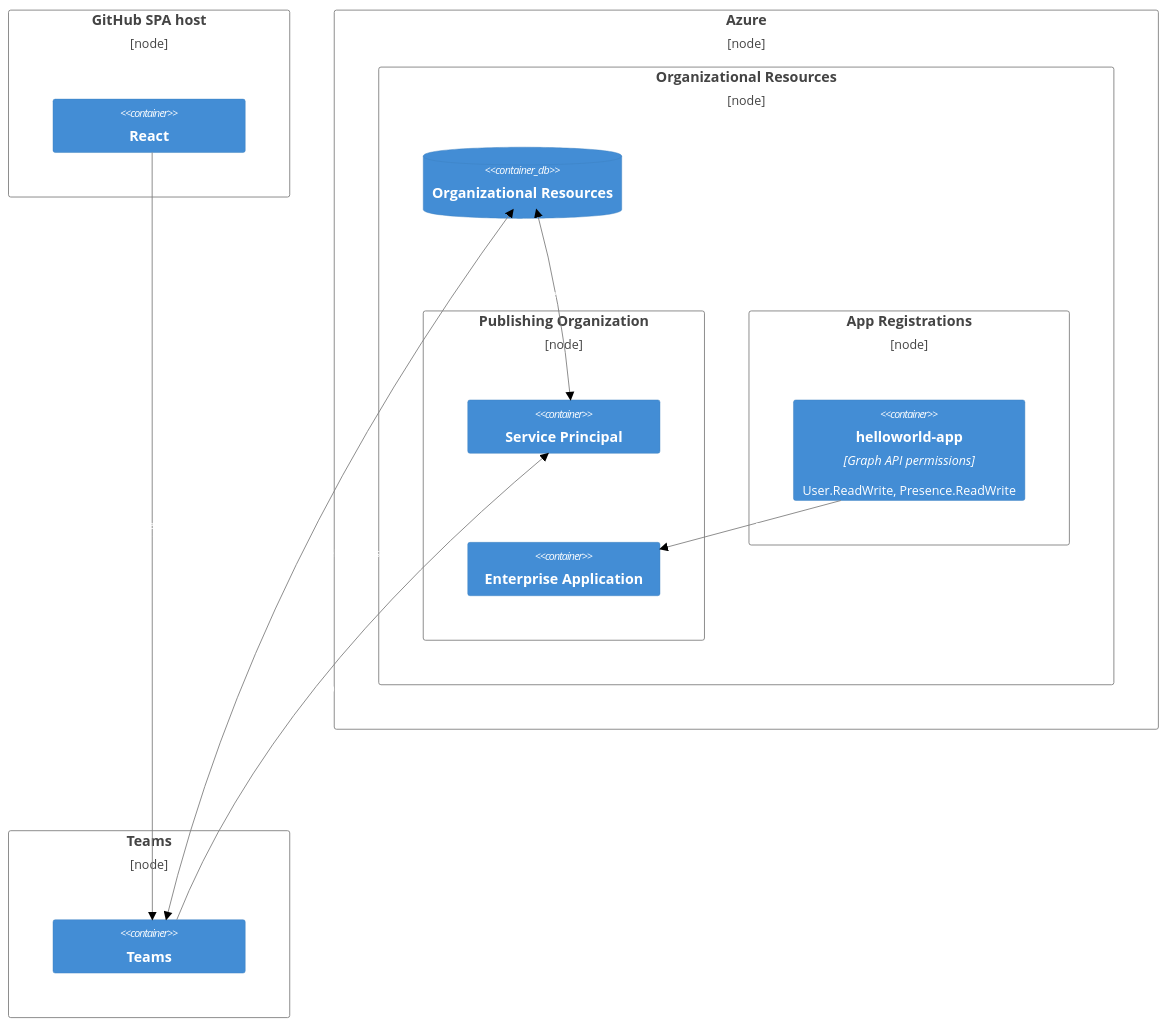
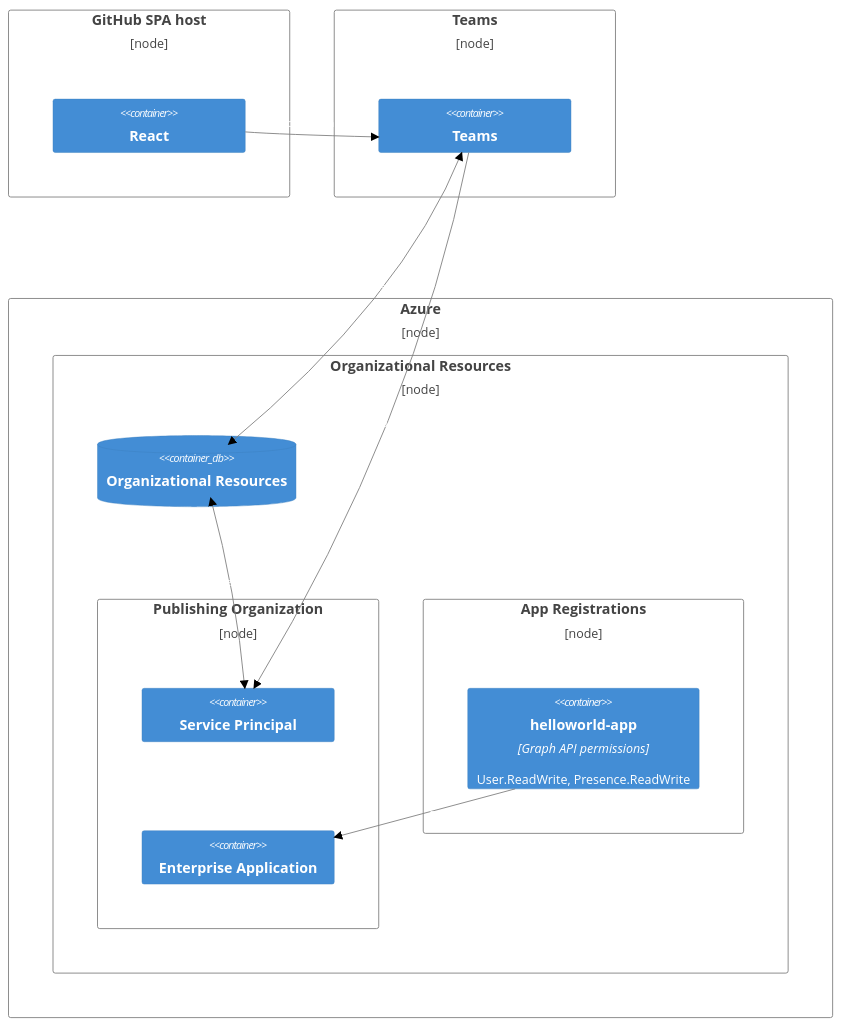
One commit to CynicDog/azure-entra-in-spa changed the diagram in README.md. Above: the diagram before and after it, drawn with Mermaid (forest theme).

````diff
--- a/README.md
+++ b/README.md
@@ -2,47 +2,46 @@
 ```mermaid
 C4Deployment
     title  
     
     Deployment_Node(github, "GitHub SPA host") {
         Container(React, "React", "", "")
+    }
+
+    Deployment_Node(teams, "Teams") {
+        Container(Teams, "Teams", "", "")
     }
 
     Deployment_Node(azure, "Azure") {
         Deployment_Node(organizationalResources, "Organizational Resources") {
         ContainerDb(Organizational_Resources, "Organizational Resources", "")
         
         Deployment_Node(publishingOrganization, "Publishing Organization") {
             Container(Service_Principal, "Service Principal", "", "")
             Container(Enterprise_Application, "Enterprise Application", "", "")        
         }
 
         Deployment_Node(appRegistrations, "App Registrations") {
                 Container(helloworld_app, "helloworld-app", "Graph API permissions", "User.ReadWrite, Presence.ReadWrite")
             }
         }
-    }
-        
-    Deployment_Node(teams, "Teams") {
-        Container(Teams, "Teams", "", "")
     }
     
     Rel(helloworld_app, Enterprise_Application, "Exposes as")
     Rel(Teams, Service_Principal, "Delegates to")
     Rel(React, Teams, "Provides endpoint")
     BiRel(Service_Principal, Organizational_Resources, "Accesses")
     BiRel(Teams, Organizational_Resources, "On behalf of user")
 
     UpdateElementStyle(azure, $borderColor="gray")
     UpdateElementStyle(github, $borderColor="gray")
     UpdateElementStyle(teams, $borderColor="gray")
     UpdateElementStyle(organizationalResources, $borderColor="gray")
     UpdateElementStyle(appRegistrations, $borderColor="gray")
     UpdateElementStyle(publishingOrganization, $borderColor="gray")
     
     UpdateRelStyle(helloworld_app, Enterprise_Application, $textColor="white", $lineColor="gray", ,$offsetX="5")
     UpdateRelStyle(Teams, Service_Principal, $textColor="white", $lineColor="gray", $offsetX="-40")
     UpdateRelStyle(React, Teams, $textColor="white", $lineColor="gray", $offsetY="-15", $offsetX="-40")
     UpdateRelStyle(Service_Principal, Organizational_Resources, $textColor="white", $lineColor="gray", $offsetY="-15", $offsetX="-40")
     UpdateRelStyle(Teams, Organizational_Resources, $textColor="white", $lineColor="gray", $offsetY="-15", $offsetX="-40")
-      
 ```
````
